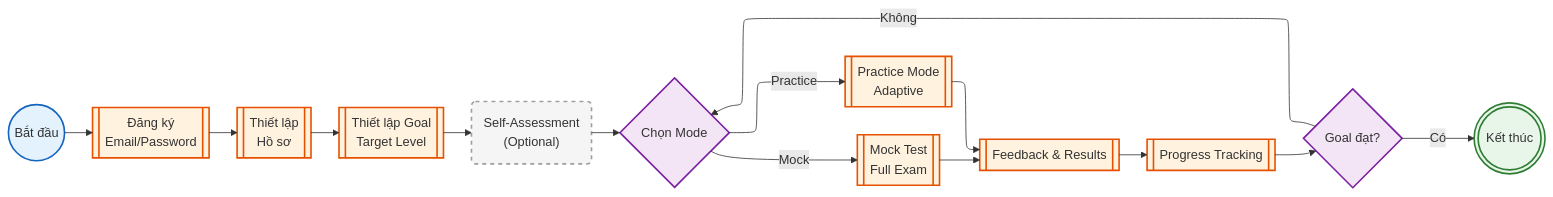
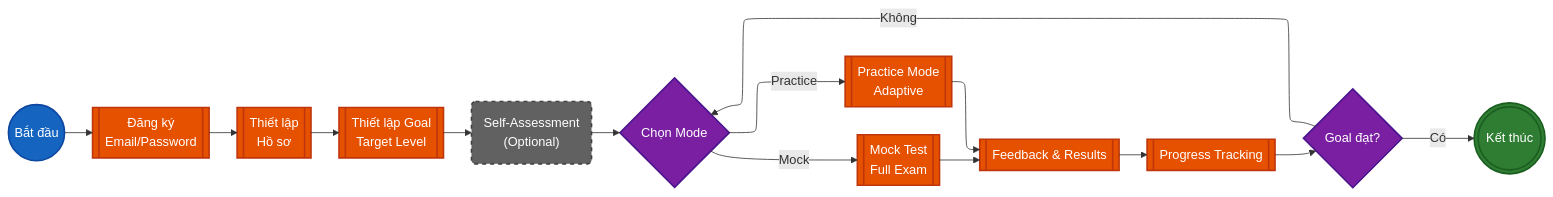
One commit to nghyane/VSTEP changed the ninth of 12 diagrams in docs/capstone/diagrams/flow-diagrams.vi.md. Above: the diagram before and after it, drawn with Mermaid. The commit also changed other lines of this file, not shown here.

First line of the commit message:
fix(docs): update diagram colors for dark mode compatibility

````diff
--- a/docs/capstone/diagrams/flow-diagrams.vi.md
+++ b/docs/capstone/diagrams/flow-diagrams.vi.md
@@ -531,40 +531,40 @@
 ```mermaid
 ---
 config:
   layout: elk
 ---
 flowchart LR
     Start@{ shape: circle, label: "Bắt đầu" }
     Reg@{ shape: fr-rect, label: "Đăng ký<br/>Email/Password" }
     Profile@{ shape: fr-rect, label: "Thiết lập<br/>Hồ sơ" }
     Goal@{ shape: fr-rect, label: "Thiết lập Goal<br/>Target Level" }
     SelfAssess@{ shape: rounded, label: "Self-Assessment<br/>(Optional)" }
     Select@{ shape: diam, label: "Chọn Mode" }
     Practice@{ shape: fr-rect, label: "Practice Mode<br/>Adaptive" }
     Mock@{ shape: fr-rect, label: "Mock Test<br/>Full Exam" }
     Feedback@{ shape: fr-rect, label: "Feedback & Results" }
     Progress@{ shape: fr-rect, label: "Progress Tracking" }
     GoalCheck@{ shape: diam, label: "Goal đạt?" }
     End@{ shape: dbl-circ, label: "Kết thúc" }
 
     Start --> Reg --> Profile --> Goal --> SelfAssess --> Select
     Select -->|"Practice"| Practice
     Select -->|"Mock"| Mock
     Practice --> Feedback
     Mock --> Feedback
     Feedback --> Progress --> GoalCheck
     GoalCheck -->|"Không"| Select
     GoalCheck -->|"Có"| End
 
-    classDef start fill:#e3f2fd,stroke:#1565c0,stroke-width:2px
-    classDef process fill:#fff3e0,stroke:#e65100,stroke-width:2px
-    classDef decision fill:#f3e5f5,stroke:#7b1fa2,stroke-width:2px
-    classDef success fill:#e8f5e9,stroke:#2e7d32,stroke-width:2px
-    classDef optional fill:#f5f5f5,stroke:#9e9e9e,stroke-width:2px,stroke-dasharray: 5 5
+    classDef start fill:#1565c0,stroke:#0d47a1,stroke-width:2px,color:#fff
+    classDef process fill:#e65100,stroke:#bf360c,stroke-width:2px,color:#fff
+    classDef decision fill:#7b1fa2,stroke:#4a148c,stroke-width:2px,color:#fff
+    classDef success fill:#2e7d32,stroke:#1b5e20,stroke-width:2px,color:#fff
+    classDef optional fill:#616161,stroke:#424242,stroke-width:2px,stroke-dasharray: 5 5,color:#fff
 
     class Start start
     class Reg,Profile,Goal,Practice,Mock,Feedback,Progress process
     class Select,GoalCheck decision
     class End success
     class SelfAssess optional
 ```
````
